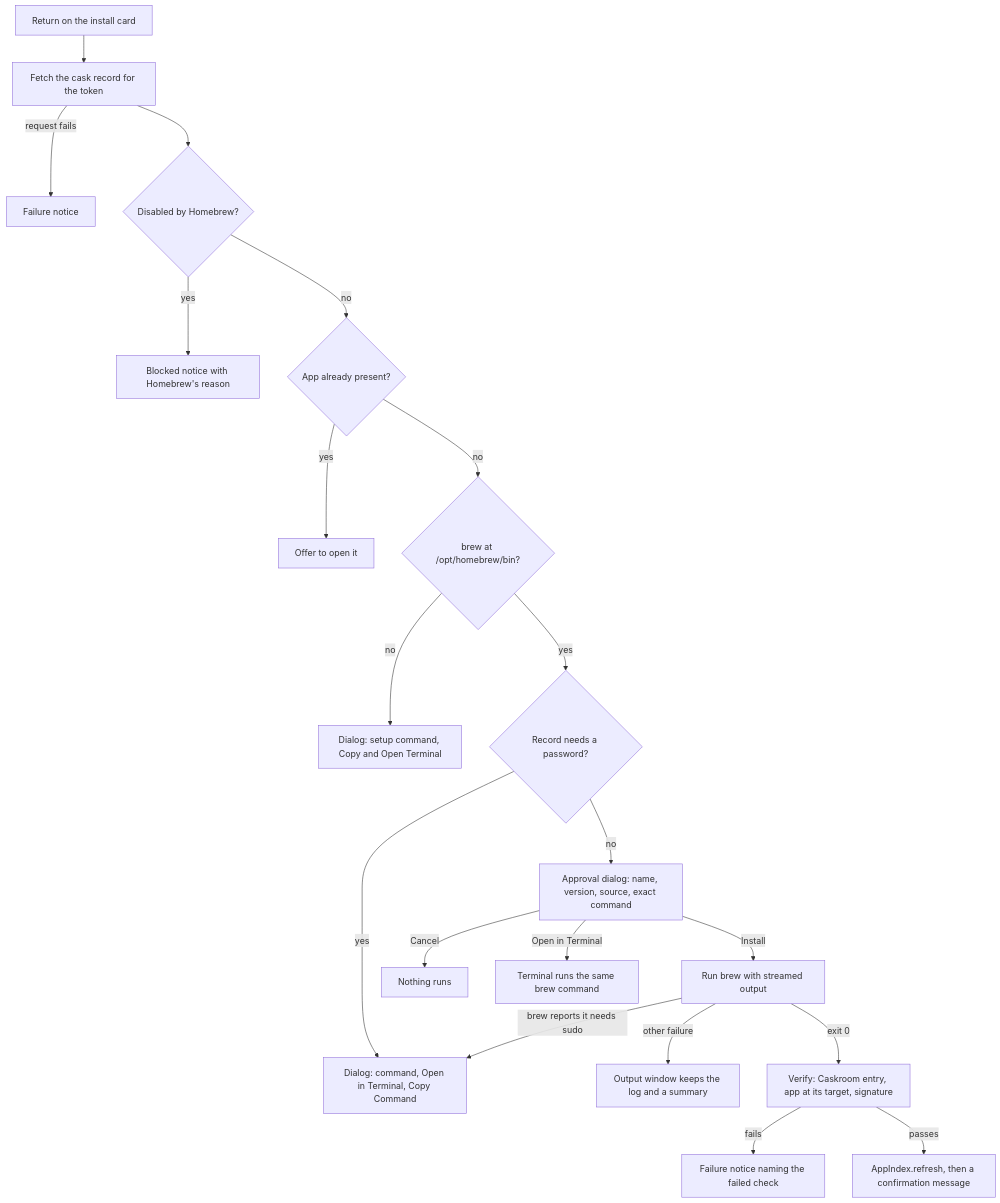
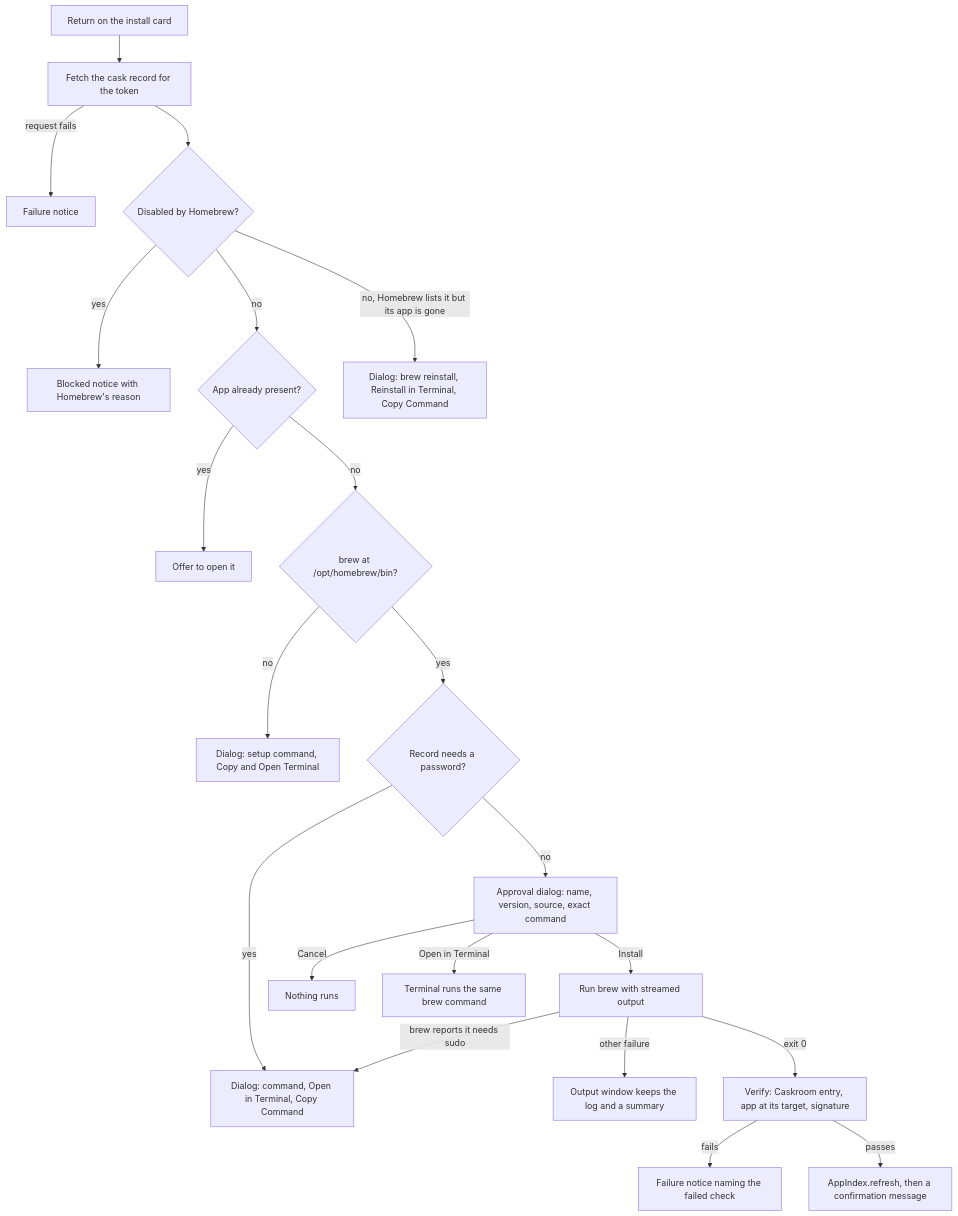
One commit to GuySabban/tinycast changed the second of 2 diagrams in docs/planning/PROPOSED_ARCHITECTURE.md. Above: the diagram before and after it, drawn with Mermaid. The commit also changed other lines of this file and 1 other file, not shown here.

Commit message:
Record the reinstall offer, wider signature check and actual seam lines in the install design

````diff
--- a/docs/planning/PROPOSED_ARCHITECTURE.md
+++ b/docs/planning/PROPOSED_ARCHITECTURE.md
@@ -453,22 +506,23 @@
 ```mermaid
 flowchart TD
     A[Return on the install card] --> B[Fetch the cask record for the token]
     B -->|request fails| B1[Failure notice]
     B --> C{Disabled by Homebrew?}
     C -->|yes| C1[Blocked notice with Homebrew's reason]
     C -->|no| D{App already present?}
     D -->|yes| D1[Offer to open it]
+    C -->|no, Homebrew lists it but its app is gone| R[Dialog: brew reinstall, Reinstall in Terminal, Copy Command]
     D -->|no| E{brew at /opt/homebrew/bin?}
     E -->|no| E1[Dialog: setup command, Copy and Open Terminal]
     E -->|yes| F{Record needs a password?}
     F -->|yes| F1[Dialog: command, Open in Terminal, Copy Command]
     F -->|no| G[Approval dialog: name, version, source, exact command]
     G -->|Cancel| X[Nothing runs]
     G -->|Open in Terminal| T[Terminal runs the same brew command]
     G -->|Install| H[Run brew with streamed output]
     H -->|brew reports it needs sudo| F1
     H -->|other failure| H1[Output window keeps the log and a summary]
     H -->|exit 0| V[Verify: Caskroom entry, app at its target, signature]
     V -->|fails| V1[Failure notice naming the failed check]
     V -->|passes| S[AppIndex.refresh, then a confirmation message]
 ```
````
